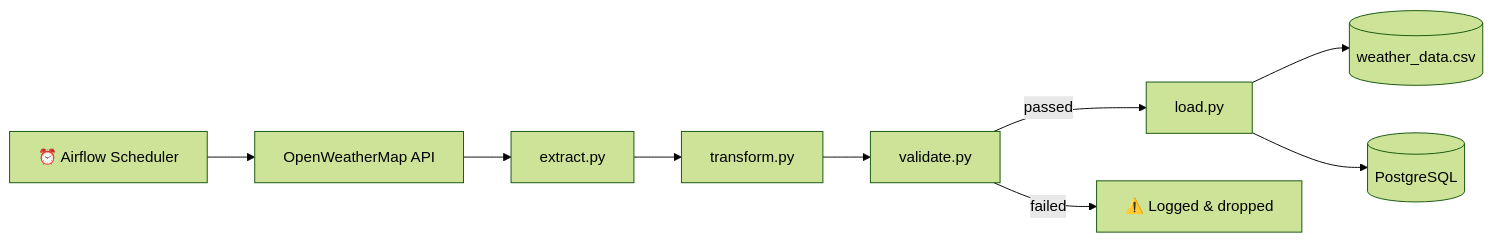
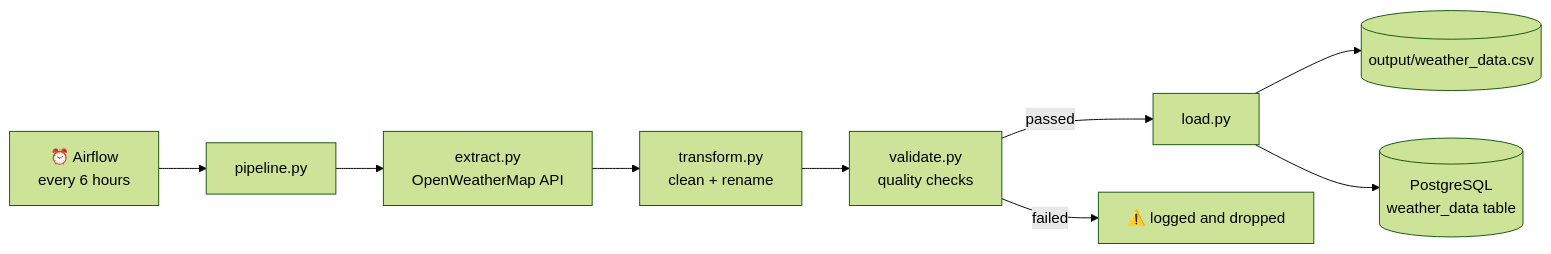
The diagram in README.md (Bongane0606/sa-weather-etl-pipeline), drawn with Mermaid (forest theme) before and after one commit. The commit also changed other lines of this file, not shown here.

````diff
--- a/README.md
+++ b/README.md
@@ -132,11 +73,11 @@
 ```mermaid
 flowchart LR
-    A[⏰ Airflow Scheduler] --> B[OpenWeatherMap API]
-    B --> C[extract.py]
-    C --> D[transform.py]
-    D --> E[validate.py]
+    A[⏰ Airflow<br/>every 6 hours] --> B[pipeline.py]
+    B --> C[extract.py<br/>OpenWeatherMap API]
+    C --> D[transform.py<br/>clean + rename]
+    D --> E[validate.py<br/>quality checks]
     E -->|passed| F[load.py]
-    E -->|failed| X[⚠️ Logged & dropped]
-    F --> G[(weather_data.csv)]
-    F --> H[(PostgreSQL)]
+    E -->|failed| X[⚠️ logged and dropped]
+    F --> G[(output/weather_data.csv)]
+    F --> H[(PostgreSQL<br/>weather_data table)]
 ```
````
